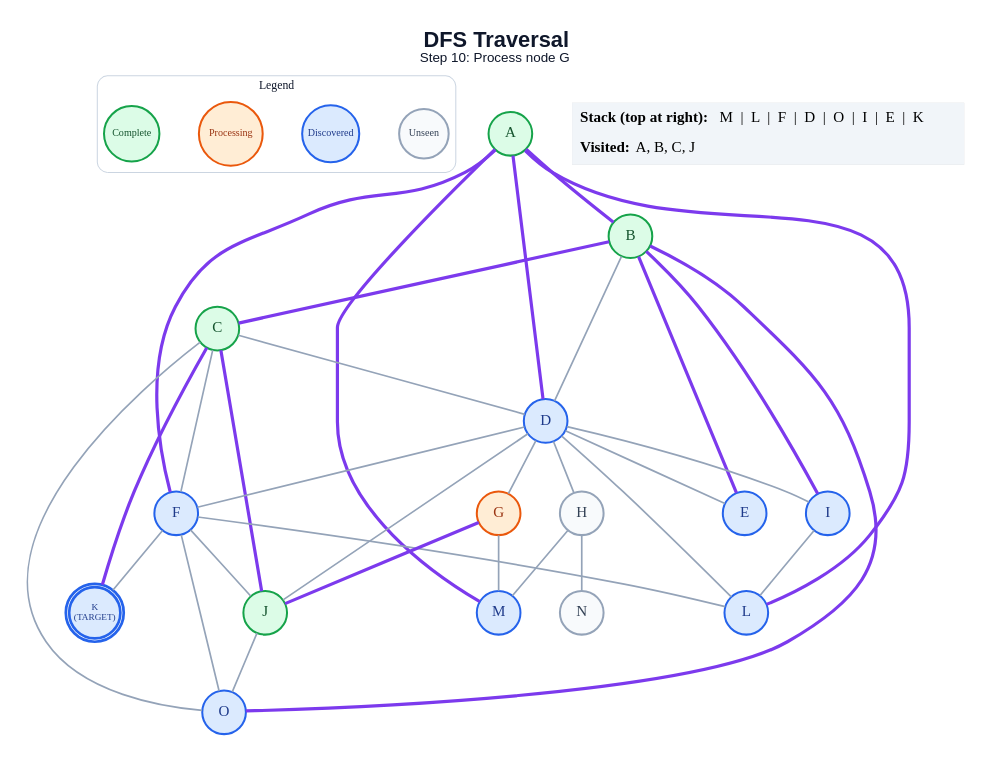
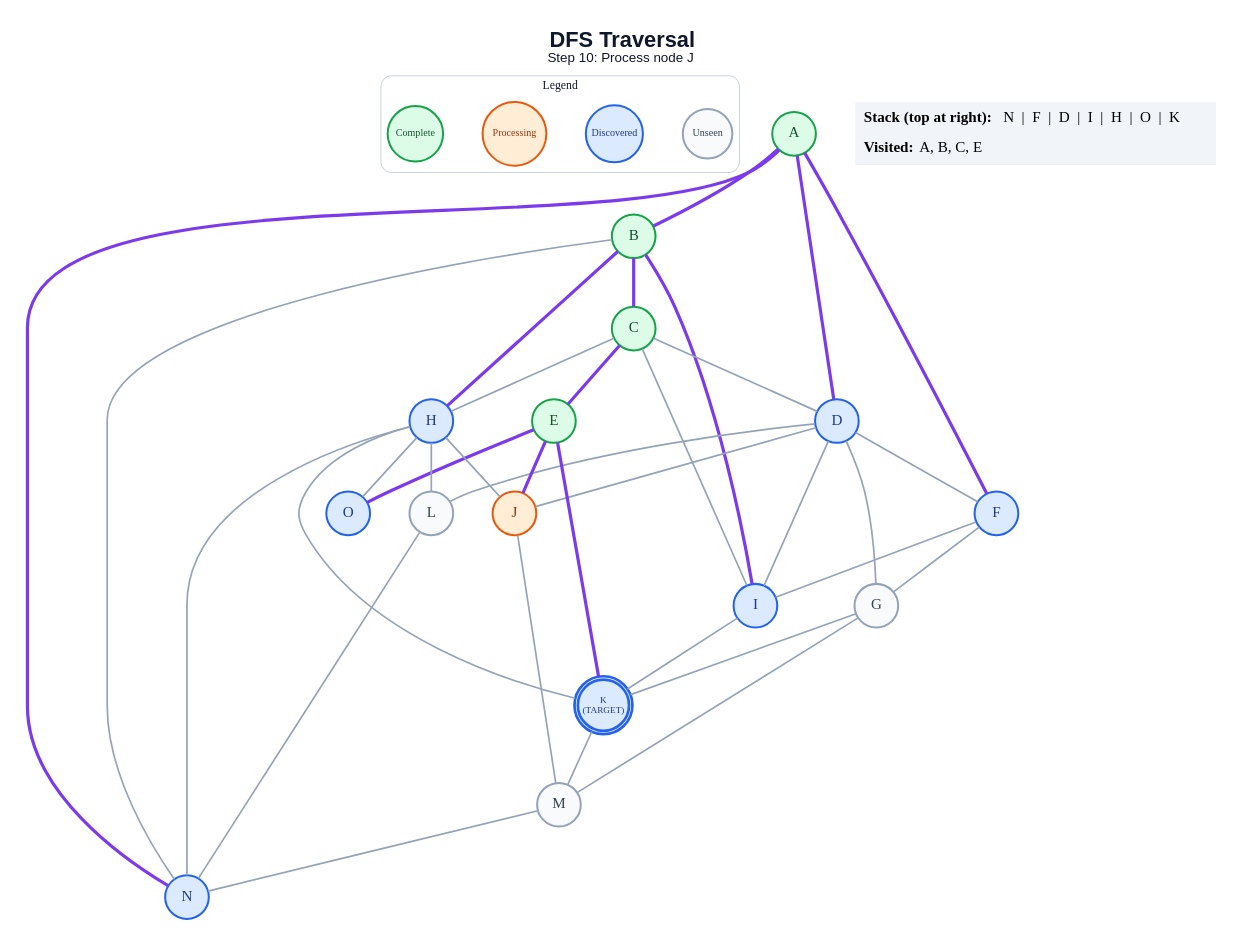
Before and after one commit to anon7238593-create/ai-slop: the diagram in generated/specific-node/dfs/step_10.dot, drawn with Graphviz. The commit also changed 255 other files, not shown here.

```diff
--- a/generated/specific-node/dfs/step_10.dot
+++ b/generated/specific-node/dfs/step_10.dot
@@ -1,66 +1,68 @@
 graph traversal {
   graph [layout=dot, rankdir=TB, bgcolor="#FFFFFF", pad="0.35", nodesep="0.65", ranksep="0.8", fontname="Arial"];
   node [shape=circle, style="filled", fontname="Arial Bold", fontsize=18, width=0.72, fixedsize=true, penwidth=2.4];
   edge [color="#94A3B8", penwidth=2.0];
-  label=<<B>DFS Traversal</B><BR/><FONT POINT-SIZE="16">Step 10: Process node G</FONT>>; labelloc="t"; fontsize=26; fontname="Arial"; fontcolor="#0F172A";
+  label=<<B>DFS Traversal</B><BR/><FONT POINT-SIZE="16">Step 10: Process node J</FONT>>; labelloc="t"; fontsize=26; fontname="Arial"; fontcolor="#0F172A";
   subgraph cluster_legend { label="Legend"; color="#CBD5E1"; penwidth=1.2; style="rounded"; fontsize=14; fontname="Arial Bold";
     key_unseen [label="Unseen", fillcolor="#F8FAFC", color="#94A3B8", fontcolor="#334155", fontsize=12, width=0.82];
     key_frontier [label="Discovered", fillcolor="#DBEAFE", color="#2563EB", fontcolor="#1E3A8A", fontsize=12, width=0.95];
     key_current [label="Processing", fillcolor="#FFEDD5", color="#EA580C", fontcolor="#9A3412", fontsize=12, width=1.05];
     key_done [label="Complete", fillcolor="#DCFCE7", color="#16A34A", fontcolor="#14532D", fontsize=12, width=0.92];
     { rank=same; key_unseen; key_frontier; key_current; key_done; }
   }
   A [label="A", fillcolor="#DCFCE7", color="#16A34A", fontcolor="#14532D", peripheries=1, penwidth=2.4];
   B [label="B", fillcolor="#DCFCE7", color="#16A34A", fontcolor="#14532D", peripheries=1, penwidth=2.4];
   C [label="C", fillcolor="#DCFCE7", color="#16A34A", fontcolor="#14532D", peripheries=1, penwidth=2.4];
   D [label="D", fillcolor="#DBEAFE", color="#2563EB", fontcolor="#1E3A8A", peripheries=1, penwidth=2.4];
-  E [label="E", fillcolor="#DBEAFE", color="#2563EB", fontcolor="#1E3A8A", peripheries=1, penwidth=2.4];
+  E [label="E", fillcolor="#DCFCE7", color="#16A34A", fontcolor="#14532D", peripheries=1, penwidth=2.4];
   F [label="F", fillcolor="#DBEAFE", color="#2563EB", fontcolor="#1E3A8A", peripheries=1, penwidth=2.4];
-  G [label="G", fillcolor="#FFEDD5", color="#EA580C", fontcolor="#9A3412", peripheries=1, penwidth=2.4];
-  H [label="H", fillcolor="#F8FAFC", color="#94A3B8", fontcolor="#334155", peripheries=1, penwidth=2.4];
+  G [label="G", fillcolor="#F8FAFC", color="#94A3B8", fontcolor="#334155", peripheries=1, penwidth=2.4];
+  H [label="H", fillcolor="#DBEAFE", color="#2563EB", fontcolor="#1E3A8A", peripheries=1, penwidth=2.4];
   I [label="I", fillcolor="#DBEAFE", color="#2563EB", fontcolor="#1E3A8A", peripheries=1, penwidth=2.4];
-  J [label="J", fillcolor="#DCFCE7", color="#16A34A", fontcolor="#14532D", peripheries=1, penwidth=2.4];
+  J [label="J", fillcolor="#FFEDD5", color="#EA580C", fontcolor="#9A3412", peripheries=1, penwidth=2.4];
   K [label="K\n(TARGET)", fillcolor="#DBEAFE", color="#2563EB", fontcolor="#1E3A8A", peripheries=2, penwidth=3.2, fontsize=11, width=0.85, height=0.85];
-  L [label="L", fillcolor="#DBEAFE", color="#2563EB", fontcolor="#1E3A8A", peripheries=1, penwidth=2.4];
-  M [label="M", fillcolor="#DBEAFE", color="#2563EB", fontcolor="#1E3A8A", peripheries=1, penwidth=2.4];
-  N [label="N", fillcolor="#F8FAFC", color="#94A3B8", fontcolor="#334155", peripheries=1, penwidth=2.4];
+  L [label="L", fillcolor="#F8FAFC", color="#94A3B8", fontcolor="#334155", peripheries=1, penwidth=2.4];
+  M [label="M", fillcolor="#F8FAFC", color="#94A3B8", fontcolor="#334155", peripheries=1, penwidth=2.4];
+  N [label="N", fillcolor="#DBEAFE", color="#2563EB", fontcolor="#1E3A8A", peripheries=1, penwidth=2.4];
   O [label="O", fillcolor="#DBEAFE", color="#2563EB", fontcolor="#1E3A8A", peripheries=1, penwidth=2.4];
   A -- B [color="#7C3AED", penwidth=3.8];
   A -- D [color="#7C3AED", penwidth=3.8];
   A -- F [color="#7C3AED", penwidth=3.8];
-  A -- L [color="#7C3AED", penwidth=3.8];
-  A -- M [color="#7C3AED", penwidth=3.8];
+  A -- N [color="#7C3AED", penwidth=3.8];
   B -- C [color="#7C3AED", penwidth=3.8];
-  B -- D;
-  B -- E [color="#7C3AED", penwidth=3.8];
+  B -- H [color="#7C3AED", penwidth=3.8];
   B -- I [color="#7C3AED", penwidth=3.8];
-  B -- O [color="#7C3AED", penwidth=3.8];
+  B -- N;
   C -- D;
-  C -- F;
-  C -- J [color="#7C3AED", penwidth=3.8];
-  C -- K [color="#7C3AED", penwidth=3.8];
-  C -- O;
-  D -- E;
+  C -- E [color="#7C3AED", penwidth=3.8];
+  C -- H;
+  C -- I;
   D -- F;
   D -- G;
-  D -- H;
   D -- I;
   D -- J;
   D -- L;
-  F -- J;
-  F -- K;
-  F -- L;
-  F -- O;
-  G -- J [color="#7C3AED", penwidth=3.8];
+  E -- J [color="#7C3AED", penwidth=3.8];
+  E -- K [color="#7C3AED", penwidth=3.8];
+  E -- O [color="#7C3AED", penwidth=3.8];
+  F -- G;
+  F -- I;
+  G -- K;
   G -- M;
-  H -- M;
+  H -- J;
+  H -- K;
+  H -- L;
   H -- N;
-  I -- L;
-  J -- O;
+  H -- O;
+  I -- K;
+  J -- M;
+  K -- M;
+  L -- N;
+  M -- N;
   status [shape=plain, fixedsize=false, width=0, height=0, margin=0, label=<
     <TABLE BORDER="0" CELLBORDER="0" CELLPADDING="7" BGCOLOR="#F1F5F9">
-      <TR><TD ALIGN="LEFT"><B>Stack (top at right):</B> M  |  L  |  F  |  D  |  O  |  I  |  E  |  K</TD></TR>
-      <TR><TD ALIGN="LEFT"><B>Visited:</B> A, B, C, J</TD></TR>
+      <TR><TD ALIGN="LEFT"><B>Stack (top at right):</B> N  |  F  |  D  |  I  |  H  |  O  |  K</TD></TR>
+      <TR><TD ALIGN="LEFT"><B>Visited:</B> A, B, C, E</TD></TR>
     </TABLE>
   >];
 }
```
